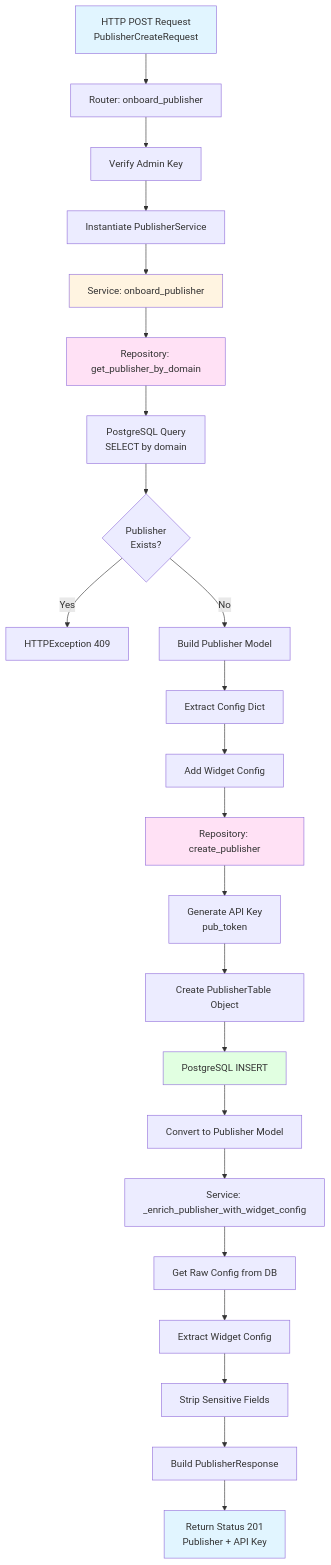
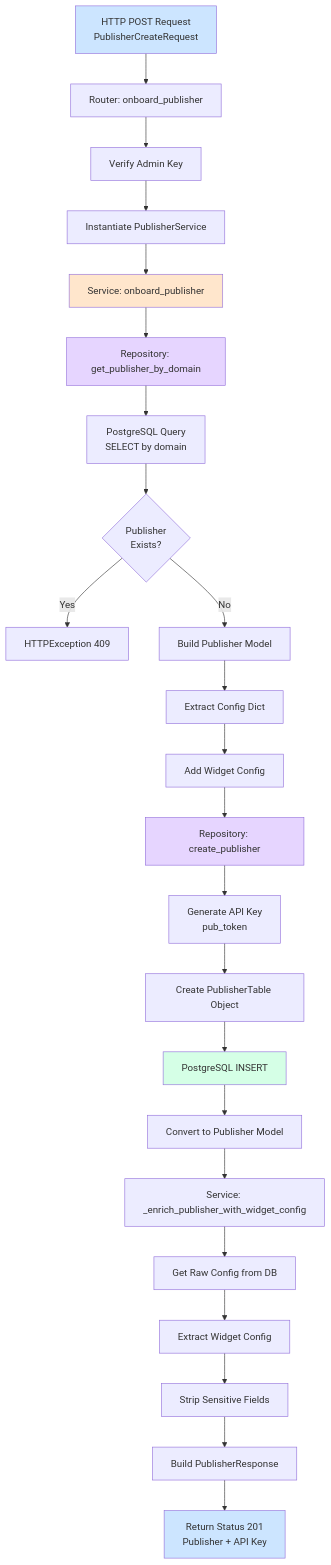
Diagram 11 of 12 in SelfLearning/fyi_widget_api/ENDPOINT_FLOWS_VISUAL.md (amitspk/project-x), drawn with Mermaid before and after one commit. The commit also changed other lines of this file, not shown here.

Commit message:
updated flow diagram

````diff
--- a/SelfLearning/fyi_widget_api/ENDPOINT_FLOWS_VISUAL.md
+++ b/SelfLearning/fyi_widget_api/ENDPOINT_FLOWS_VISUAL.md
@@ -351,32 +351,32 @@
 ```mermaid
 graph TD
     A[HTTP POST Request<br/>PublisherCreateRequest] --> B[Router: onboard_publisher]
     B --> C[Verify Admin Key]
     C --> D[Instantiate PublisherService]
     D --> E[Service: onboard_publisher]
     E --> F[Repository: get_publisher_by_domain]
     F --> G[PostgreSQL Query<br/>SELECT by domain]
     G --> H{Publisher<br/>Exists?}
     H -->|Yes| I[HTTPException 409]
     H -->|No| J[Build Publisher Model]
     J --> K[Extract Config Dict]
     K --> L[Add Widget Config]
     L --> M[Repository: create_publisher]
     M --> N[Generate API Key<br/>pub_token]
     N --> O[Create PublisherTable Object]
     O --> P[PostgreSQL INSERT]
     P --> Q[Convert to Publisher Model]
     Q --> R[Service: _enrich_publisher_with_widget_config]
     R --> S[Get Raw Config from DB]
     S --> T[Extract Widget Config]
     T --> U[Strip Sensitive Fields]
     U --> V[Build PublisherResponse]
     V --> W[Return Status 201<br/>Publisher + API Key]
     
-    style A fill:#e1f5ff
-    style E fill:#fff4e1
-    style F fill:#ffe1f5
-    style M fill:#ffe1f5
-    style P fill:#e1ffe1
-    style W fill:#e1f5ff
+    style A fill:#cce5ff
+    style E fill:#ffe6cc
+    style F fill:#e6d5ff
+    style M fill:#e6d5ff
+    style P fill:#d5ffe6
+    style W fill:#cce5ff
 ```
````
